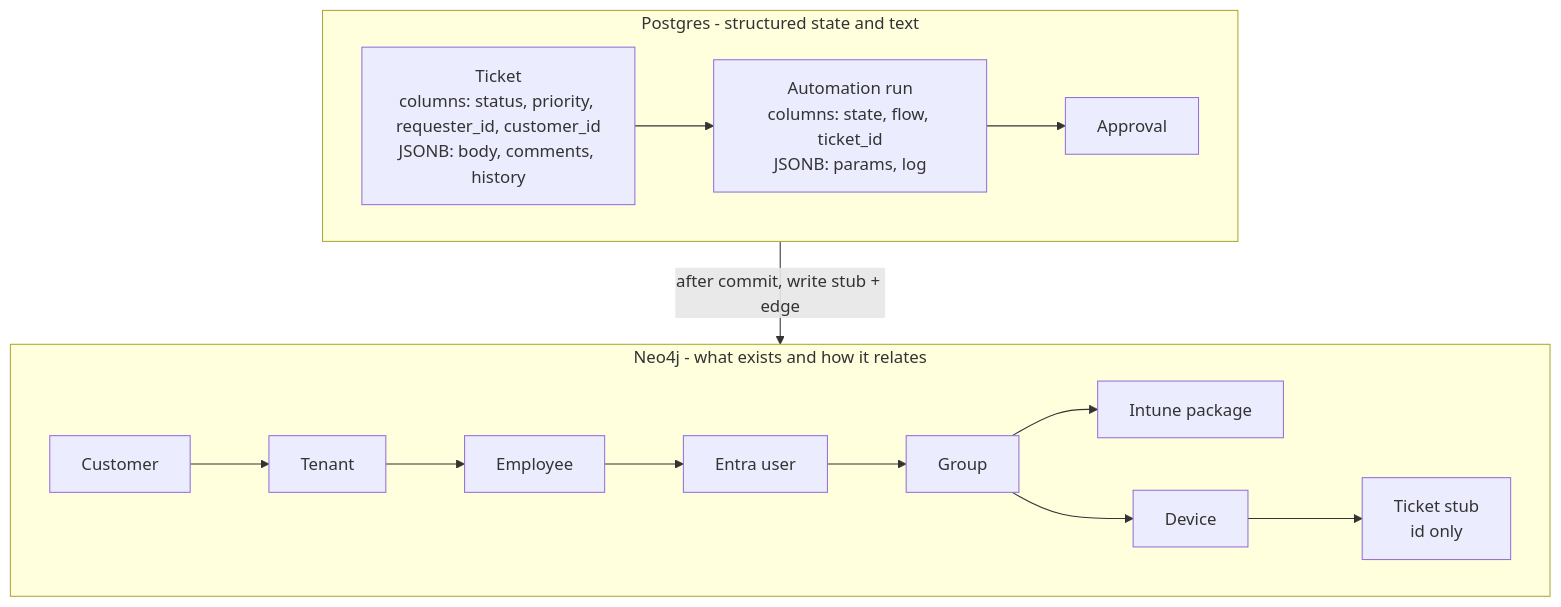
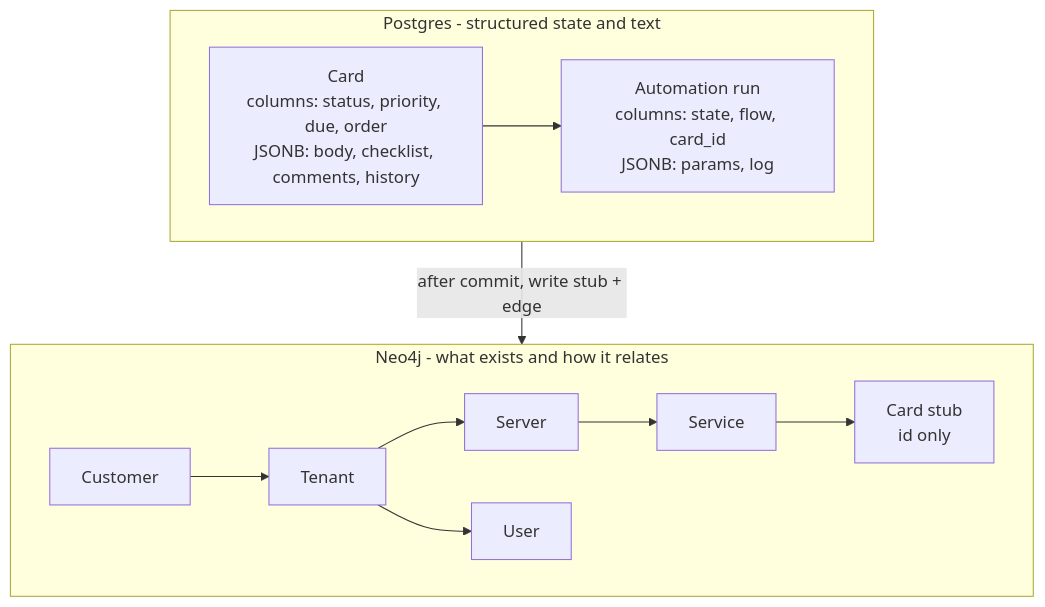
One commit to MarcHoog/Yani changed the second of 3 diagrams in docs/architecture.md. Above: the diagram before and after it, drawn with Mermaid. The commit also changed other lines of this file and 4 other files, not shown here.

````diff
--- a/docs/architecture.md
+++ b/docs/architecture.md
@@ -70,24 +90,20 @@
 ```mermaid
 flowchart TB
     subgraph neo4j [Neo4j - what exists and how it relates]
         direction LR
         Customer --> Tenant
-        Tenant --> Employee
-        Employee --> EntraUser[Entra user]
-        EntraUser --> Group
-        Group --> IntunePackage[Intune package]
-        Group --> Device
-        Device --> TicketStub[Ticket stub<br/>id only]
+        Tenant --> Server
+        Server --> Service
+        Tenant --> User
+        Service --> CardStub[Card stub<br/>id only]
     end
 
     subgraph postgres [Postgres - structured state and text]
         direction LR
-        Ticket[Ticket<br/>columns: status, priority, requester_id, customer_id<br/>JSONB: body, comments, history]
-        Run[Automation run<br/>columns: state, flow, ticket_id<br/>JSONB: params, log]
-        Approval[Approval]
-        Ticket --> Run
-        Run --> Approval
+        Card[Card<br/>columns: status, priority, due, order<br/>JSONB: body, checklist, comments, history]
+        Run[Automation run<br/>columns: state, flow, card_id<br/>JSONB: params, log]
+        Card --> Run
     end
 
-    Ticket -- after commit, write stub + edge --> TicketStub
+    Card -- after commit, write stub + edge --> CardStub
 ```
````
